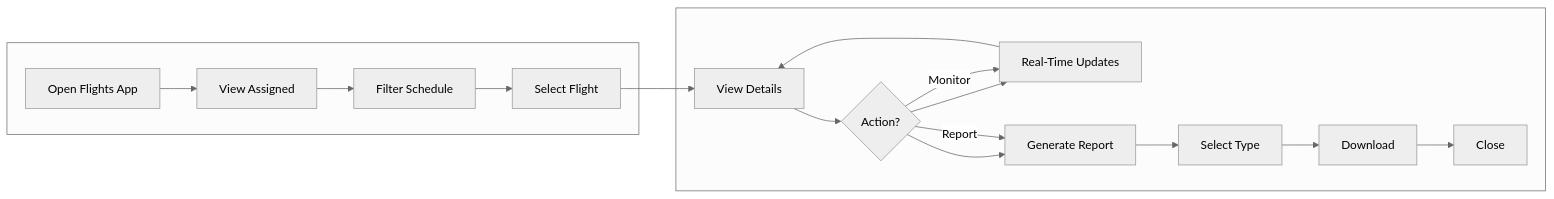
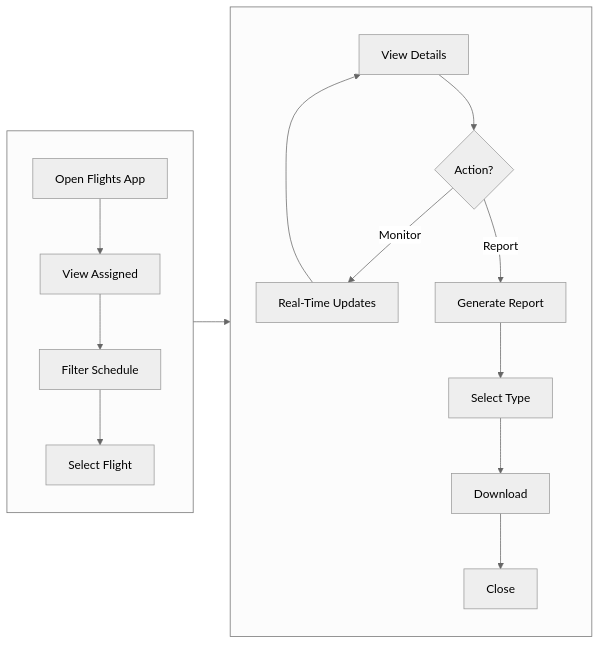
Before and after one commit to RoundRobinHood/cogniflight-cloud: the ninth of 10 diagrams in docs/SEN3781_Assignment4_Information_Architecture_Report.md, drawn with Mermaid (neutral theme). The commit also changed other lines of this file, not shown here.

Commit message:
improved diagram readability

````diff
--- a/docs/SEN3781_Assignment4_Information_Architecture_Report.md
+++ b/docs/SEN3781_Assignment4_Information_Architecture_Report.md
@@ -433,15 +473,20 @@
 ```mermaid
 flowchart LR
     subgraph row1[" "]
-        A[Open Flights App] --> B[View Assigned] --> C[Filter Schedule]
+        direction TB
+        A[Open Flights App] --> B[View Assigned]
+        B --> C[Filter Schedule]
         C --> D[Select Flight]
     end
     subgraph row2[" "]
-        E[View Details] --> F{Action?} --> G[Real-Time Updates]
-        F --> H[Generate Report] --> I[Select Type] --> J[Download] --> K[Close]
+        direction TB
+        E[View Details] --> F{Action?}
+        F -->|Monitor| G[Real-Time Updates]
+        F -->|Report| H[Generate Report]
+        H --> I[Select Type]
+        I --> J[Download]
+        J --> K[Close]
     end
     D --> E
-    F -->|Monitor| G
     G --> E
-    F -->|Report| H
 ```
````
